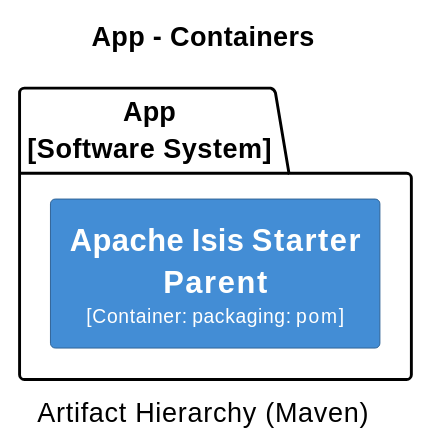
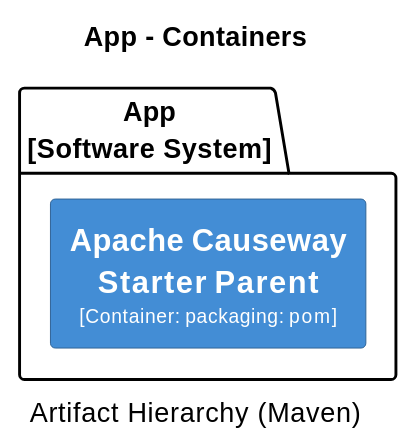
One commit to apache/causeway changed the first of 32 diagrams in core/adoc/modules/_overview/pages/about.adoc. Above: the diagram before and after it, drawn with PlantUML. The commit also changed other lines of this file and 398 other files, not shown here.

```diff
--- a/core/adoc/modules/_overview/pages/about.adoc
+++ b/core/adoc/modules/_overview/pages/about.adoc
@@ -8,25 +8,25 @@
 [plantuml,App,svg]
 ----
 @startuml(id=App)
 title App - Containers
 caption Artifact Hierarchy (Maven)
 
 skinparam {
   shadowing false
   arrowFontSize 10
   defaultTextAlignment center
   wrapWidth 200
   maxMessageSize 100
 }
 hide stereotype
 left to right direction
 skinparam rectangle<<2>> {
   BackgroundColor #438dd5
   FontColor #fffffe
   BorderColor #2E6295
 }
 package "App\n[Software System]" {
-  rectangle "==Apache Isis Starter Parent\n<size:10>[Container: packaging: pom]</size>" <<2>> as 2
+  rectangle "==Apache Causeway Starter Parent\n<size:10>[Container: packaging: pom]</size>" <<2>> as 2
 }
 @enduml
 ----
```
